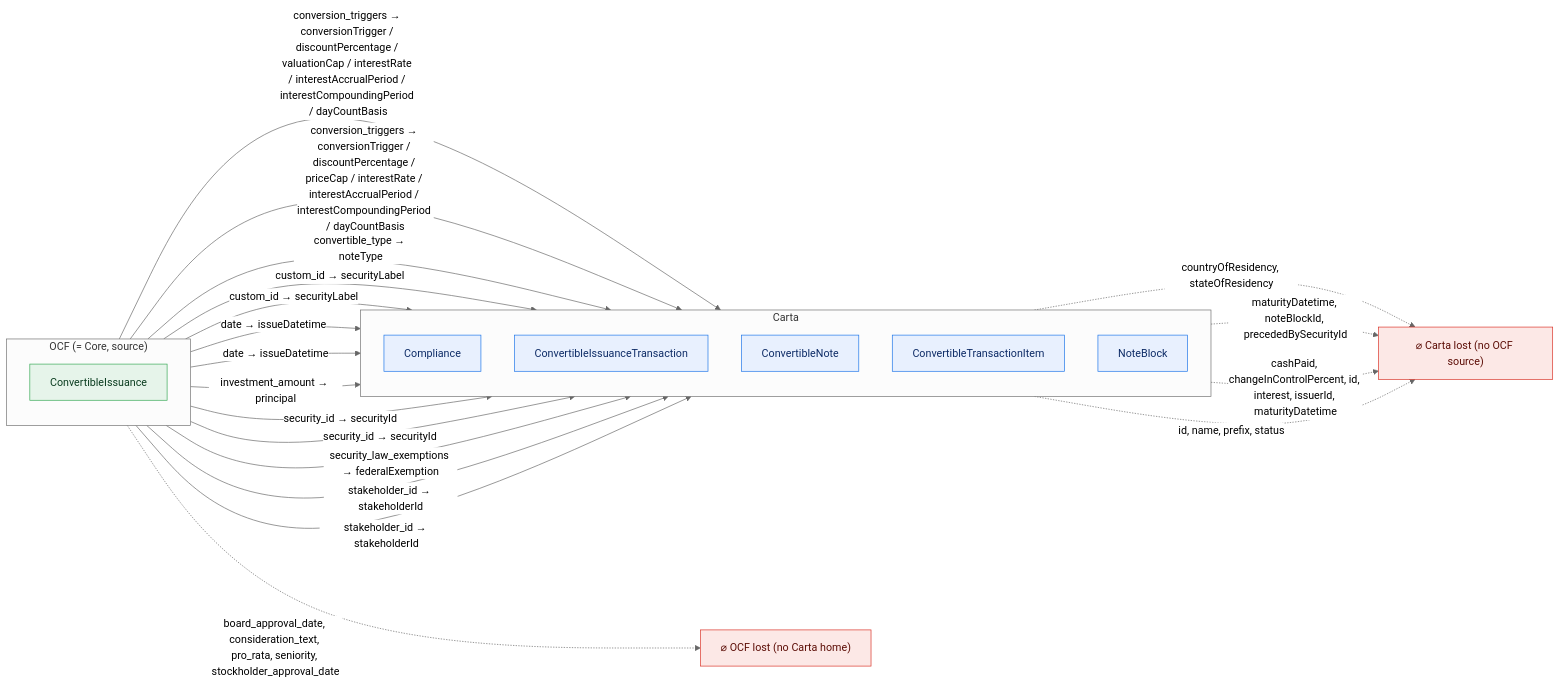
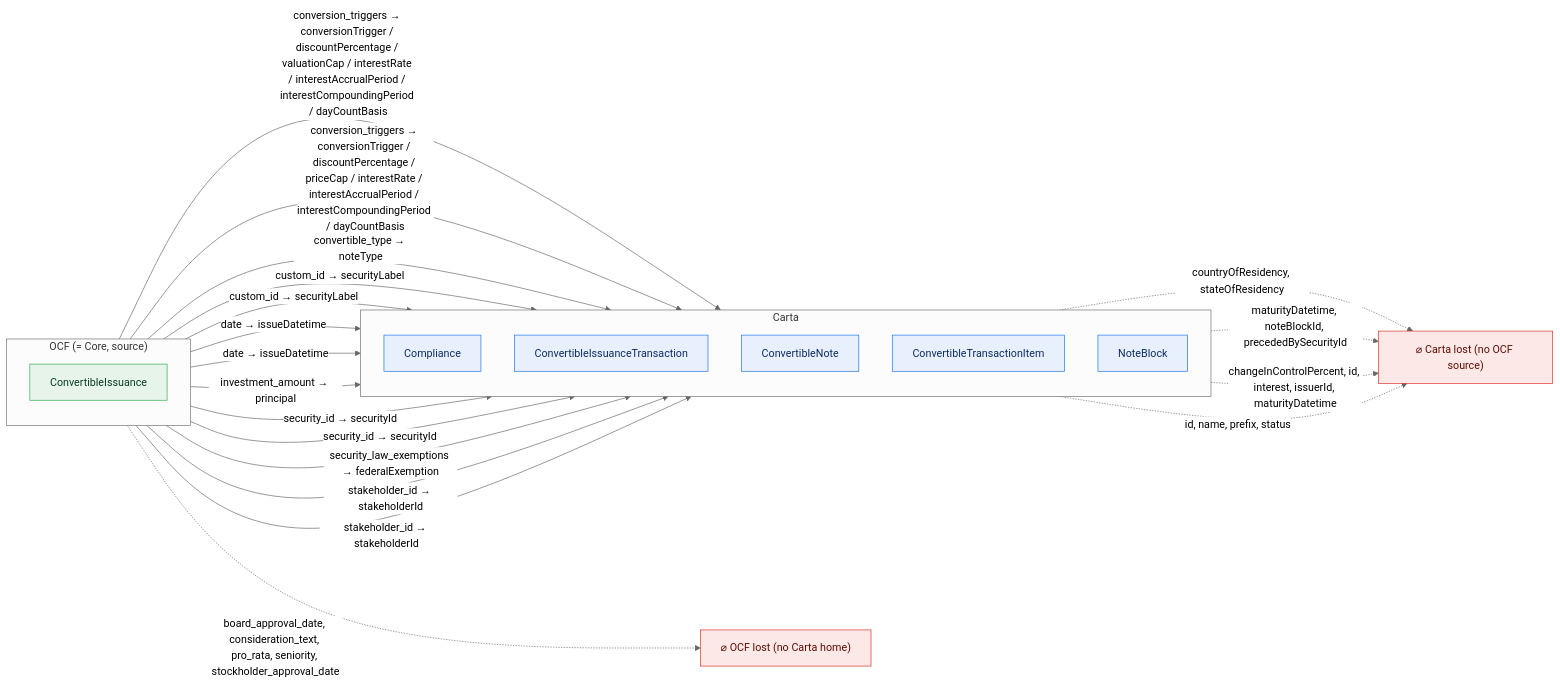
Before and after one commit to Open-Cap-Table-Coalition/OCF-Composed-Schemas: the seventh of 50 diagrams in docs/core-bidirectional-flow.md, drawn with Mermaid (neutral theme). The commit also changed other lines of this file and 33 other files, not shown here.

````diff
--- a/docs/core-bidirectional-flow.md
+++ b/docs/core-bidirectional-flow.md
@@ -330,39 +395,39 @@
 ```mermaid
 flowchart LR
   classDef adm fill:#e6f4ea,stroke:#34a853,color:#0b3d20;
   classDef notadm fill:#f1f3f4,stroke:#9aa0a6,color:#5f6368,stroke-dasharray:4 3;
   classDef carta fill:#e8f0fe,stroke:#1a73e8,color:#0d2b66;
   classDef lost fill:#fce8e6,stroke:#d93025,color:#5c0d06;
   subgraph SRC["OCF (= Core, source)"]
     direction TB
     o0["ConvertibleIssuance"]:::adm
   end
   subgraph TGT["Carta"]
     direction TB
     t0["Compliance"]:::carta
     t1["ConvertibleIssuanceTransaction"]:::carta
     t2["ConvertibleNote"]:::carta
     t3["ConvertibleTransactionItem"]:::carta
     t4["NoteBlock"]:::carta
   end
   ocflost["⌀ OCF lost (no Carta home)"]:::lost
   cartalost["⌀ Carta lost (no OCF source)"]:::lost
   o0 -->|"conversion_triggers → conversionTrigger / discountPercentage / valuationCap / interestRate / interestAccrualPeriod / interestCompoundingPeriod / dayCountBasis"| t1
   o0 -->|"conversion_triggers → conversionTrigger / discountPercentage / priceCap / interestRate / interestAccrualPeriod / interestCompoundingPeriod / dayCountBasis"| t2
   o0 -->|"convertible_type → noteType"| t4
   o0 -->|"custom_id → securityLabel"| t3
   o0 -->|"custom_id → securityLabel"| t2
   o0 -->|"date → issueDatetime"| t1
   o0 -->|"date → issueDatetime"| t2
   o0 -->|"investment_amount → principal"| t1
   o0 -->|"security_id → securityId"| t3
   o0 -->|"security_id → securityId"| t2
   o0 -->|"security_law_exemptions → federalExemption"| t0
   o0 -->|"stakeholder_id → stakeholderId"| t3
   o0 -->|"stakeholder_id → stakeholderId"| t2
   o0 -.->|"board_approval_date, consideration_text, pro_rata, seniority, stockholder_approval_date"| ocflost
   t0 -.->|"countryOfResidency, stateOfResidency"| cartalost
   t1 -.->|"maturityDatetime, noteBlockId, precededBySecurityId"| cartalost
-  t2 -.->|"cashPaid, changeInControlPercent, id, interest, issuerId, maturityDatetime"| cartalost
+  t2 -.->|"changeInControlPercent, id, interest, issuerId, maturityDatetime"| cartalost
   t4 -.->|"id, name, prefix, status"| cartalost
 ```
````
